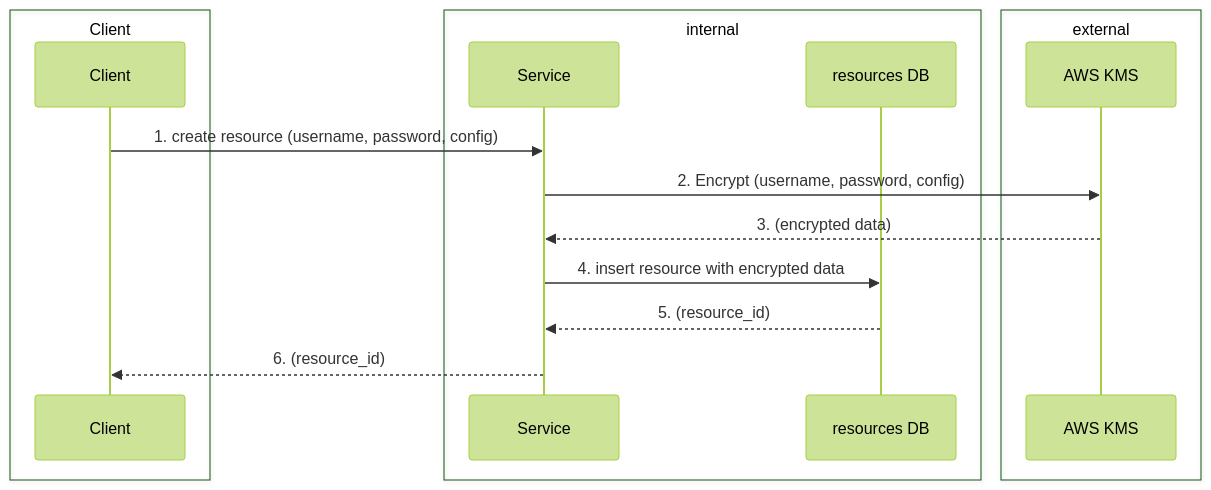
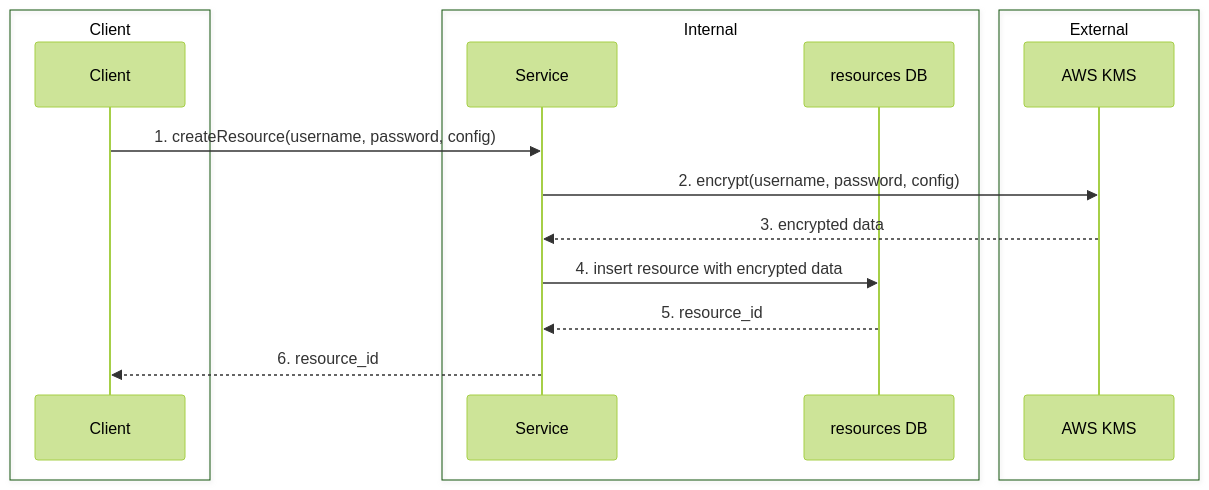
Before and after one commit to spk-cpsamut/rep-pro: the first of 3 diagrams in docs/overall-workflows.md, drawn with Mermaid (forest theme). The commit also changed other lines of this file, not shown here.

````diff
--- a/docs/overall-workflows.md
+++ b/docs/overall-workflows.md
@@ -7,19 +48,19 @@
 ```mermaid
 sequenceDiagram
     box Client
     participant C as Client
     end
-    box internal
+    box Internal
     participant S as Service
     participant R as resources DB
     end
-    box external
+    box External
     participant K as AWS KMS
     end
-    C ->> S: 1. create resource (username, password, config)
-    S ->> K: 2. Encrypt (username, password, config)
-    K -->> S: 3. (encrypted data)
-    S ->> R: 4. insert resource with encrypted data
-    R -->> S: 5. (resource_id)
-    S -->> C: 6. (resource_id)
+    C  ->> S: 1. createResource(username, password, config)
+    S  ->> K: 2. encrypt(username, password, config)
+    K -->> S: 3. encrypted data
+    S  ->> R: 4. insert resource with encrypted data
+    R -->> S: 5. resource_id
+    S -->> C: 6. resource_id
 ```
````
